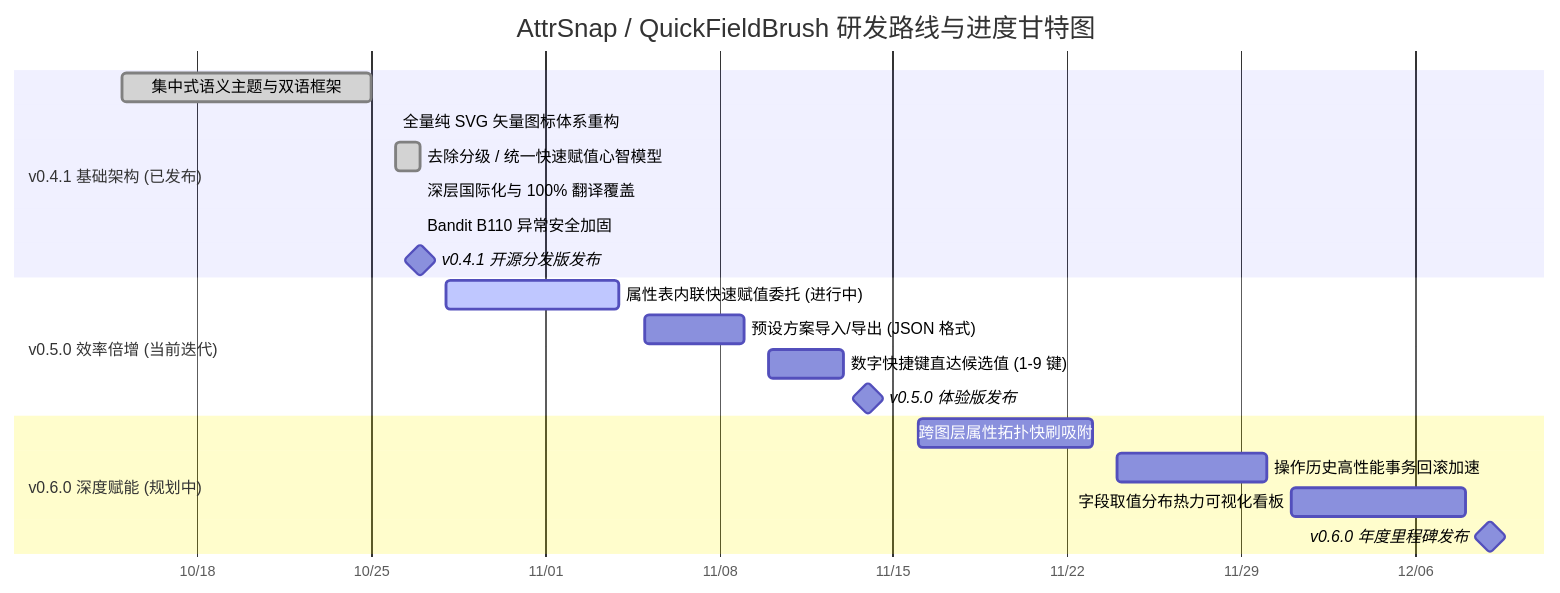
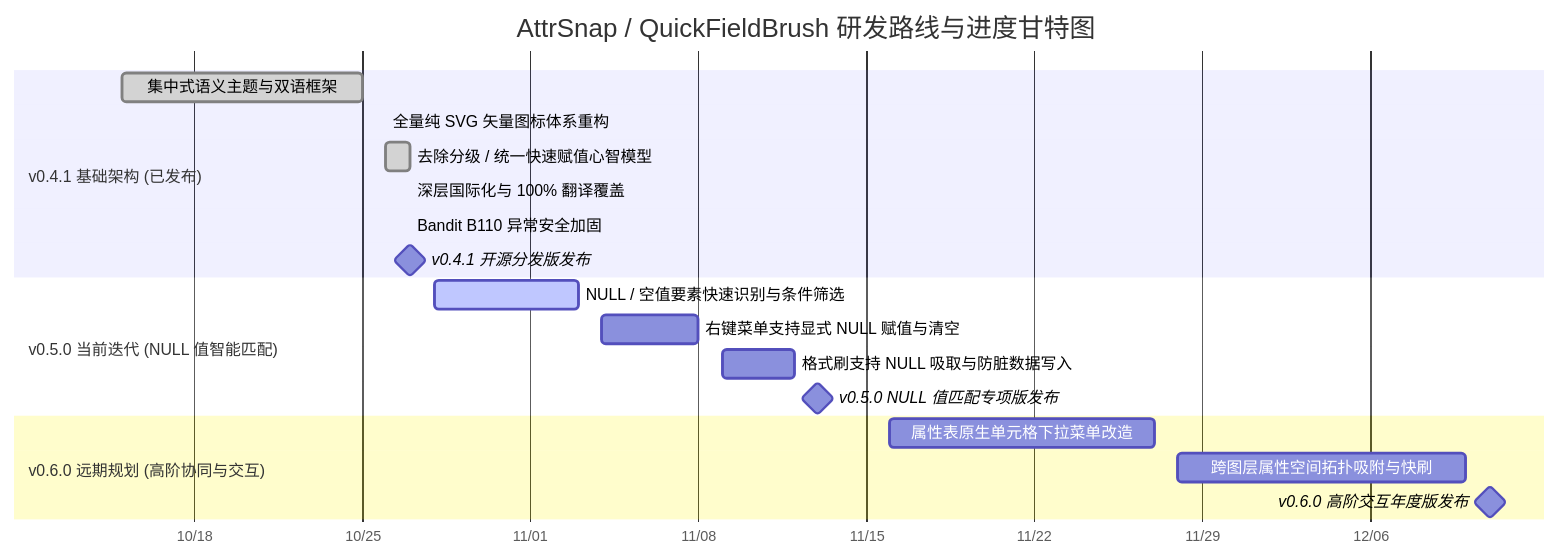
One commit to OpenQGIS/QuickFieldBrush changed the diagram in ROADMAP.md. Above: the diagram before and after it, drawn with Mermaid. The commit also changed other lines of this file and 1 other file, not shown here.

Commit message:
docs(roadmap): update sprint focus to NULL value matching and add future plans for table dropdown & cross-layer snapping

````diff
--- a/ROADMAP.md
+++ b/ROADMAP.md
@@ -10,27 +10,26 @@
 ```mermaid
 gantt
     title AttrSnap / QuickFieldBrush 研发路线与进度甘特图
     dateFormat  YYYY-MM-DD
     axisFormat  %m/%d
     todayMarker stroke-width:2px,stroke:#2563EB,opacity:0.8
 
     section v0.4.1 基础架构 (已发布)
     集中式语义主题与双语框架           :done,    t1, 2026-10-15, 2026-10-25
     全量纯 SVG 矢量图标体系重构       :done,    t2, 2026-10-26, 2026-10-26
     去除分级 / 统一快速赋值心智模型   :done,    t3, 2026-10-26, 2026-10-27
     深层国际化与 100% 翻译覆盖        :done,    t4, 2026-10-27, 2026-10-27
     Bandit B110 异常安全加固          :done,    t5, 2026-10-27, 2026-10-27
     v0.4.1 开源分发版发布             :milestone, m1, 2026-10-27, 0d
 
-    section v0.5.0 效率倍增 (当前迭代)
-    属性表内联快速赋值委托 (进行中)   :active,  t6, 2026-10-28, 2026-11-04
-    预设方案导入/导出 (JSON 格式)     :         t7, 2026-11-05, 2026-11-09
-    数字快捷键直达候选值 (1-9 键)     :         t8, 2026-11-10, 2026-11-13
-    v0.5.0 体验版发布                 :milestone, m2, 2026-11-14, 0d
+    section v0.5.0 当前迭代 (NULL 值智能匹配)
+    NULL / 空值要素快速识别与条件筛选 :active,  t6, 2026-10-28, 2026-11-03
+    右键菜单支持显式 NULL 赋值与清空   :         t7, 2026-11-04, 2026-11-08
+    格式刷支持 NULL 吸取与防脏数据写入 :         t8, 2026-11-09, 2026-11-12
+    v0.5.0 NULL 值匹配专项版发布       :milestone, m2, 2026-11-13, 0d
 
-    section v0.6.0 深度赋能 (规划中)
-    跨图层属性拓扑快刷吸附            :         t9, 2026-11-16, 2026-11-23
-    操作历史高性能事务回滚加速        :         t10, 2026-11-24, 2026-11-30
-    字段取值分布热力可视化看板        :         t11, 2026-12-01, 2026-12-08
-    v0.6.0 年度里程碑发布             :milestone, m3, 2026-12-09, 0d
+    section v0.6.0 远期规划 (高阶协同与交互)
+    属性表原生单元格下拉菜单改造       :         t9, 2026-11-16, 2026-11-27
+    跨图层属性空间拓扑吸附与快刷       :         t10, 2026-11-28, 2026-12-10
+    v0.6.0 高阶交互年度版发布          :milestone, m3, 2026-12-11, 0d
 ```
````
